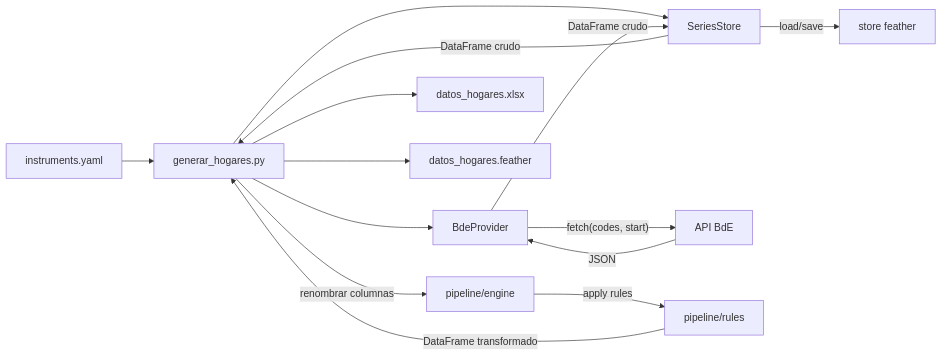
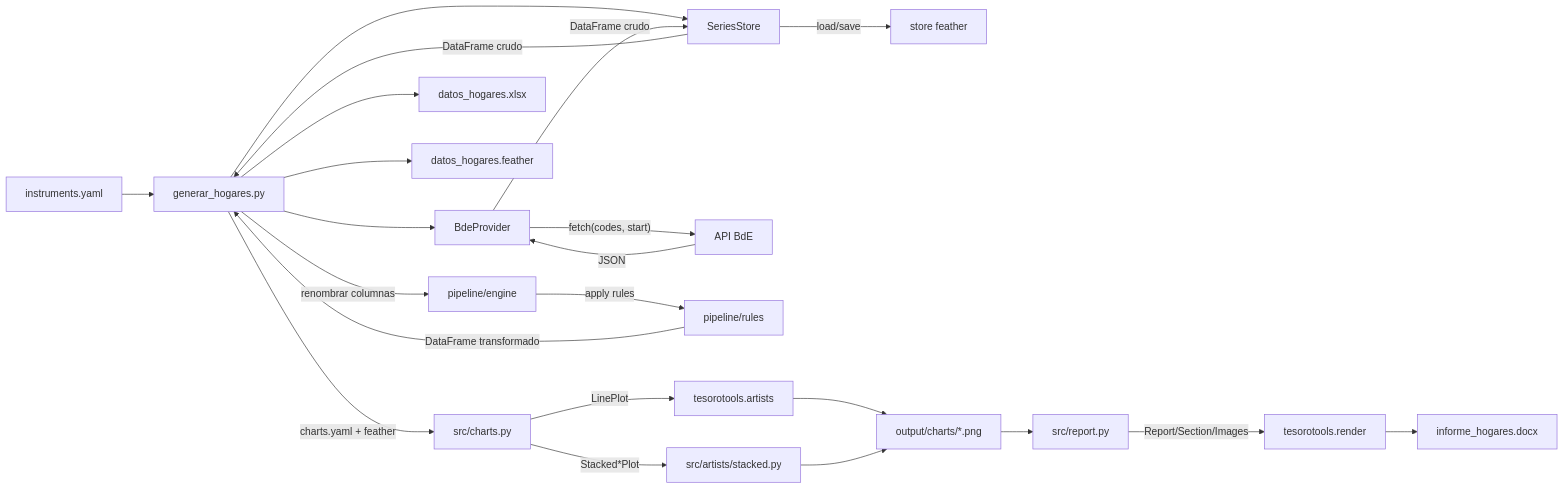
One commit to sgtyfianalisisfinanciero/situacion_financiera changed the first of 4 diagrams in docs/architecture.md. Above: the diagram before and after it, drawn with Mermaid. The commit also changed other lines of this file and 16 other files, not shown here.

````diff
--- a/docs/architecture.md
+++ b/docs/architecture.md
@@ -21,16 +22,24 @@
 ```mermaid
 graph LR
     YAML[instruments.yaml] --> O[generar_hogares.py]
     O --> P[BdeProvider]
     O --> S[SeriesStore]
     P -- "fetch(codes, start)" --> API[API BdE]
     API -- "JSON" --> P
     P -- "DataFrame crudo" --> S
     S -- "load/save" --> F[store feather]
     S -- "DataFrame crudo" --> O
     O -- "renombrar columnas" --> T[pipeline/engine]
     T -- "apply rules" --> R[pipeline/rules]
     R -- "DataFrame transformado" --> O
     O --> XLS[datos_hogares.xlsx]
     O --> FT[datos_hogares.feather]
+    O -- "charts.yaml + feather" --> C[src/charts.py]
+    C -- "LinePlot" --> TT[tesorotools.artists]
+    C -- "Stacked*Plot" --> SA[src/artists/stacked.py]
+    TT --> PNG[output/charts/*.png]
+    SA --> PNG
+    PNG --> RP[src/report.py]
+    RP -- "Report/Section/Images" --> TR[tesorotools.render]
+    TR --> DOCX[informe_hogares.docx]
 ```
````
